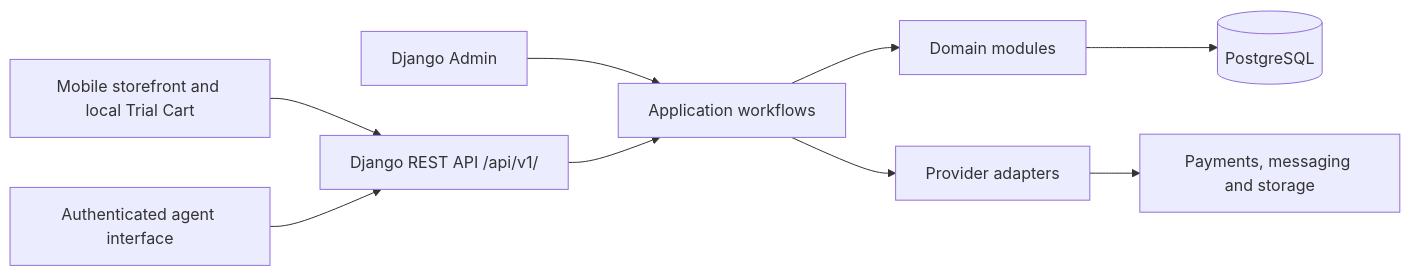
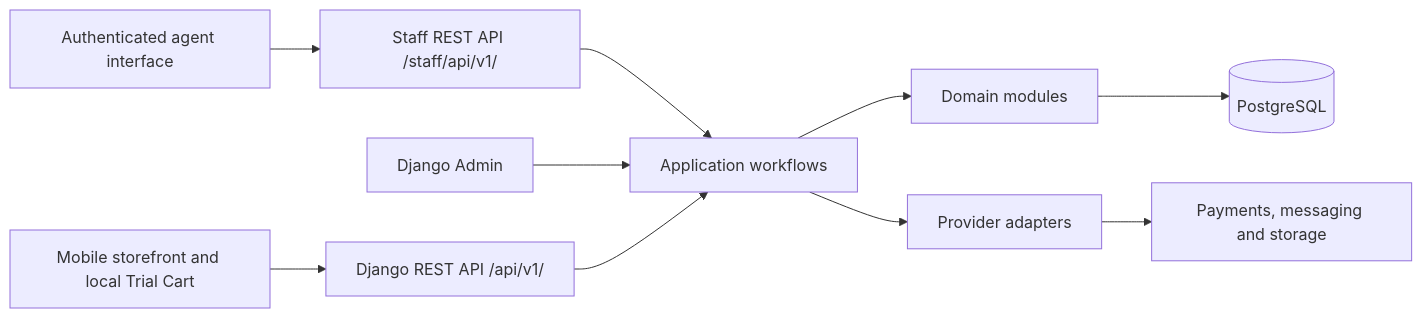
Before and after one commit to AmirtharajMuthukrishnan/arkatara_docs: the diagram in docs/ARCHITECTURE.md, drawn with Mermaid. The commit also changed other lines of this file and 13 other files, not shown here.

````diff
--- a/docs/ARCHITECTURE.md
+++ b/docs/ARCHITECTURE.md
@@ -17,11 +17,12 @@
 ```mermaid
 flowchart LR
   Customer[Mobile storefront and local Trial Cart] --> API[Django REST API /api/v1/]
-  Staff[Authenticated agent interface] --> API
+  Staff[Authenticated agent interface] --> StaffAPI[Staff REST API /staff/api/v1/]
+  StaffAPI --> Workflows
   Admin[Django Admin] --> Workflows[Application workflows]
   API --> Workflows
   Workflows --> Modules[Domain modules]
   Modules --> DB[(PostgreSQL)]
   Workflows --> Adapters[Provider adapters]
   Adapters --> External[Payments, messaging and storage]
 ```
````
